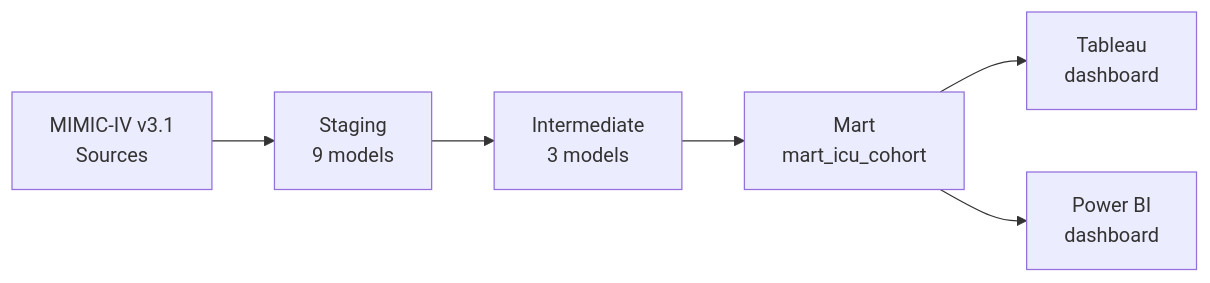
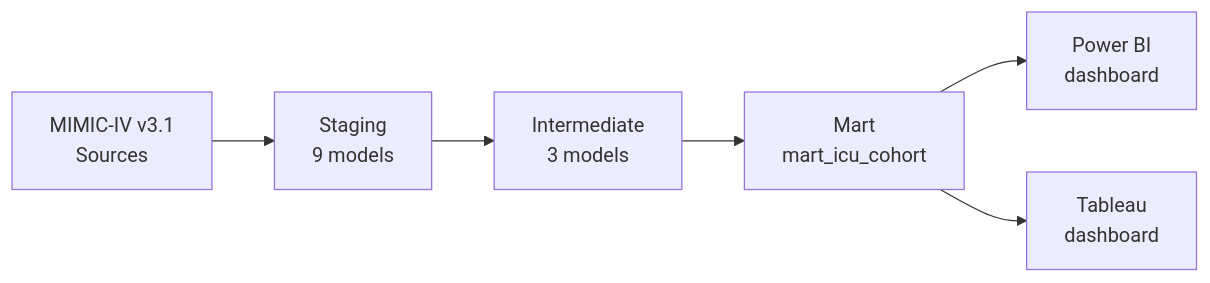
Before and after one commit to Prachi-Loliencar/mimic_iv_analysis: the diagram in README.md, drawn with Mermaid. The commit also changed other lines of this file, not shown here.

First line of the commit message:
Lead BI section with Power BI and remove em-dashes

````diff
--- a/README.md
+++ b/README.md
@@ -31,8 +31,8 @@
 ```mermaid
 flowchart LR
     A[MIMIC-IV v3.1<br/>Sources] --> B[Staging<br/>9 models]
     B --> C[Intermediate<br/>3 models]
     C --> D[Mart<br/>mart_icu_cohort]
-    D --> E[Tableau<br/>dashboard]
-    D --> F[Power BI<br/>dashboard]
+    D --> E[Power BI<br/>dashboard]
+    D --> F[Tableau<br/>dashboard]
 ```
````
